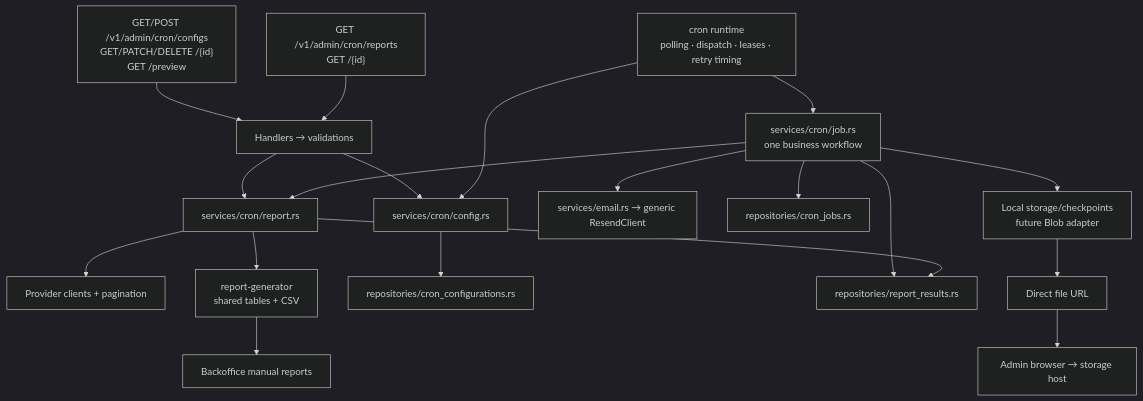
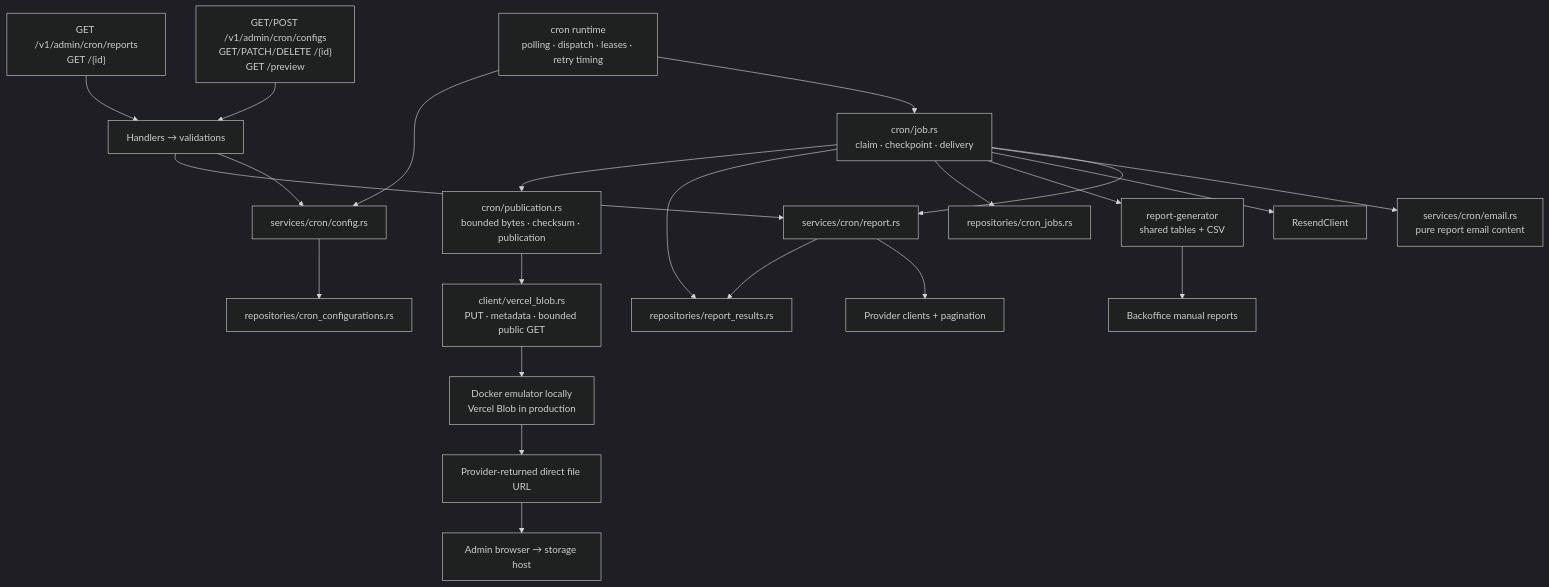
One commit to enzumeii/monolith changed the first of 3 diagrams in docs/cron.md. Above: the diagram before and after it, drawn with Mermaid (dark theme). The commit also changed other lines of this file and 87 other files, not shown here.

````diff
--- a/docs/cron.md
+++ b/docs/cron.md
@@ -5,21 +5,24 @@
 ```mermaid
 flowchart TD
   A["GET/POST /v1/admin/cron/configs<br/>GET/PATCH/DELETE /{id}<br/>GET /preview"] --> H["Handlers → validations"]
   B["GET /v1/admin/cron/reports<br/>GET /{id}"] --> H
   H --> C["services/cron/config.rs"]
   H --> R["services/cron/report.rs"]
-  W["cron runtime<br/>polling · dispatch · leases · retry timing"] --> J["services/cron/job.rs<br/>one business workflow"]
+  W["cron runtime<br/>polling · dispatch · leases · retry timing"] --> J["cron/job.rs<br/>claim · checkpoint · delivery"]
   W --> C
   J --> R
-  J --> E["services/email.rs → generic ResendClient"]
+  J --> E["services/cron/email.rs<br/>pure report email content"]
+  J --> RC["ResendClient"]
   R --> P["Provider clients + pagination"]
-  R --> G["report-generator<br/>shared tables + CSV"]
+  J --> G["report-generator<br/>shared tables + CSV"]
   G --> UI["Backoffice manual reports"]
   C --> CR["repositories/cron_configurations.rs"]
   J --> JR["repositories/cron_jobs.rs"]
   J --> AR["repositories/report_results.rs"]
   R --> AR
-  J --> S["Local storage/checkpoints<br/>future Blob adapter"]
-  S --> U["Direct file URL"]
+  J --> S["cron/publication.rs<br/>bounded bytes · checksum · publication"]
+  S --> LB["client/vercel_blob.rs<br/>PUT · metadata · bounded public GET"]
+  LB --> V["Docker emulator locally<br/>Vercel Blob in production"]
+  V --> U["Provider-returned direct file URL"]
   U --> Browser["Admin browser → storage host"]
 ```
````
